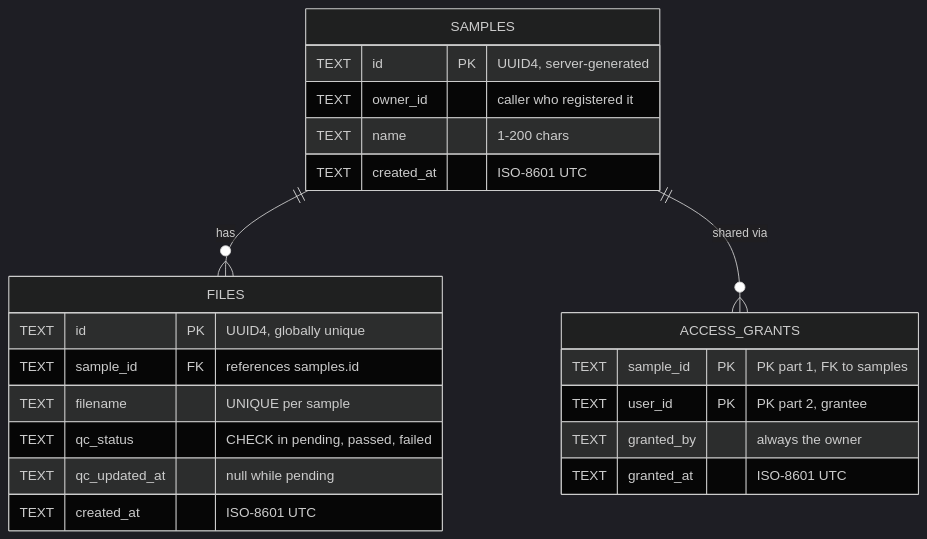
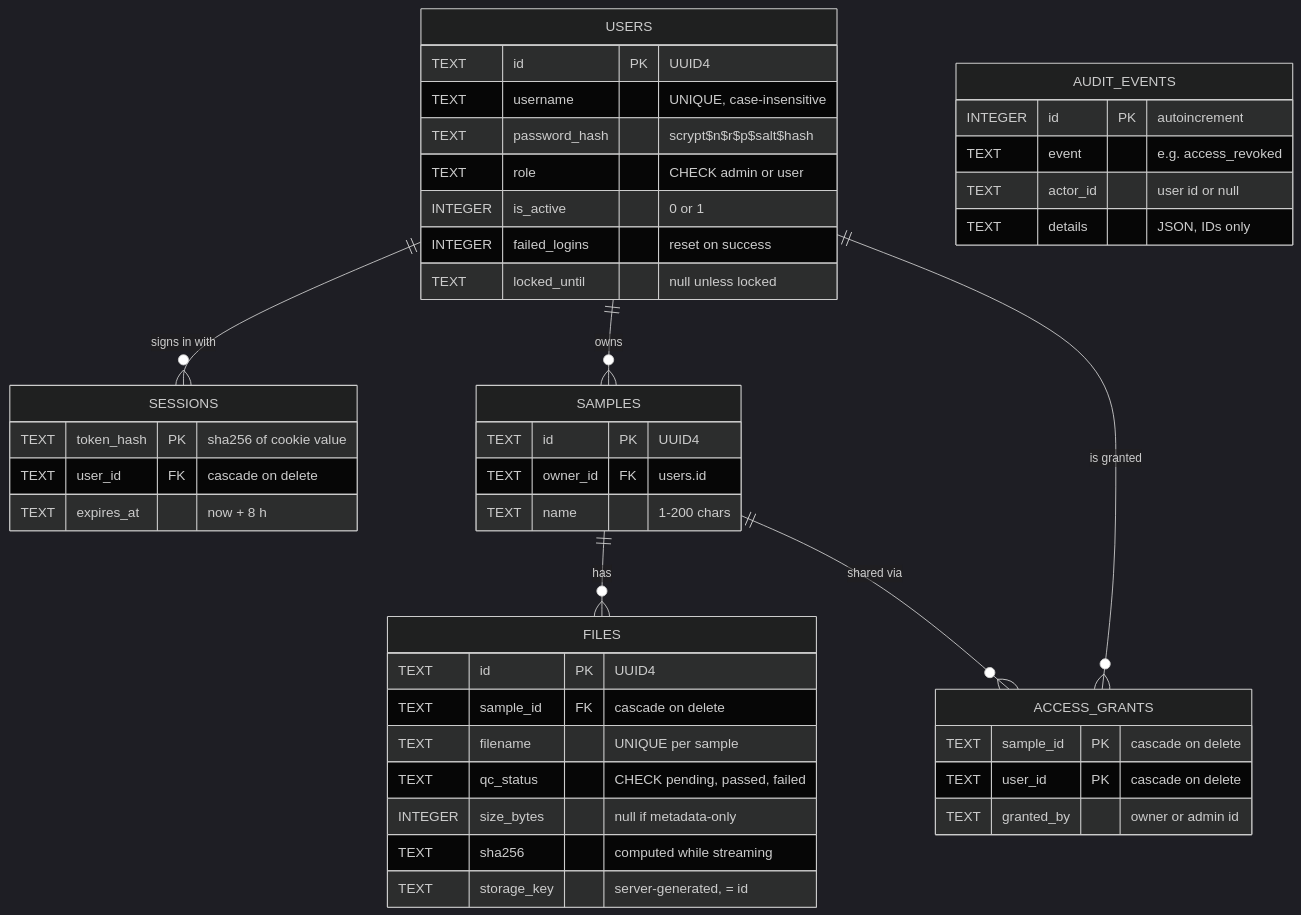
One commit to smitshah06/Sample-File-Access-Service changed the second of 10 diagrams in docs/implementation-plan.md. Above: the diagram before and after it, drawn with Mermaid (dark theme). The commit also changed other lines of this file and 64 other files, not shown here.

````diff
--- a/docs/implementation-plan.md
+++ b/docs/implementation-plan.md
@@ -205,25 +258,47 @@
 ```mermaid
 erDiagram
+  USERS ||--o{ SESSIONS : "signs in with"
+  USERS ||--o{ SAMPLES : "owns"
+  USERS ||--o{ ACCESS_GRANTS : "is granted"
   SAMPLES ||--o{ FILES : "has"
   SAMPLES ||--o{ ACCESS_GRANTS : "shared via"
+  USERS {
+    TEXT id PK "UUID4"
+    TEXT username "UNIQUE, case-insensitive"
+    TEXT password_hash "scrypt$n$r$p$salt$hash"
+    TEXT role "CHECK admin or user"
+    INTEGER is_active "0 or 1"
+    INTEGER failed_logins "reset on success"
+    TEXT locked_until "null unless locked"
+  }
+  SESSIONS {
+    TEXT token_hash PK "sha256 of cookie value"
+    TEXT user_id FK "cascade on delete"
+    TEXT expires_at "now + 8 h"
+  }
   SAMPLES {
-    TEXT id PK "UUID4, server-generated"
-    TEXT owner_id "caller who registered it"
+    TEXT id PK "UUID4"
+    TEXT owner_id FK "users.id"
     TEXT name "1-200 chars"
-    TEXT created_at "ISO-8601 UTC"
   }
   FILES {
-    TEXT id PK "UUID4, globally unique"
-    TEXT sample_id FK "references samples.id"
+    TEXT id PK "UUID4"
+    TEXT sample_id FK "cascade on delete"
     TEXT filename "UNIQUE per sample"
-    TEXT qc_status "CHECK in pending, passed, failed"
-    TEXT qc_updated_at "null while pending"
-    TEXT created_at "ISO-8601 UTC"
+    TEXT qc_status "CHECK pending, passed, failed"
+    INTEGER size_bytes "null if metadata-only"
+    TEXT sha256 "computed while streaming"
+    TEXT storage_key "server-generated, = id"
   }
   ACCESS_GRANTS {
-    TEXT sample_id PK "PK part 1, FK to samples"
-    TEXT user_id PK "PK part 2, grantee"
-    TEXT granted_by "always the owner"
-    TEXT granted_at "ISO-8601 UTC"
+    TEXT sample_id PK "cascade on delete"
+    TEXT user_id PK "cascade on delete"
+    TEXT granted_by "owner or admin id"
+  }
+  AUDIT_EVENTS {
+    INTEGER id PK "autoincrement"
+    TEXT event "e.g. access_revoked"
+    TEXT actor_id "user id or null"
+    TEXT details "JSON, IDs only"
   }
 ```
````
